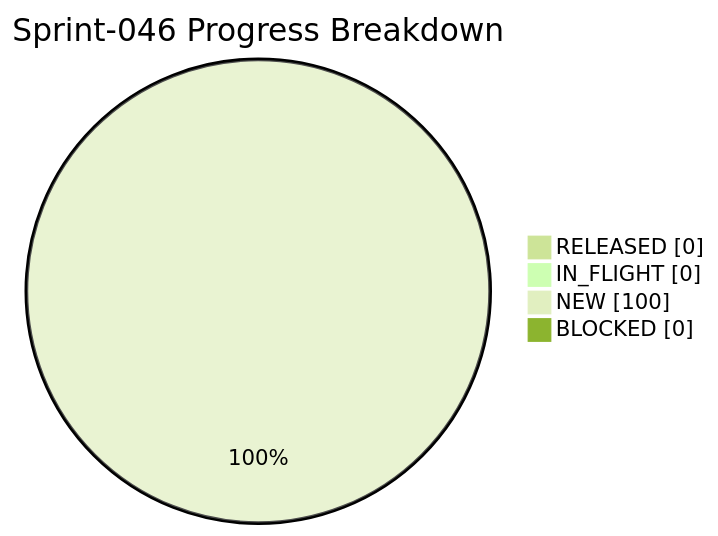
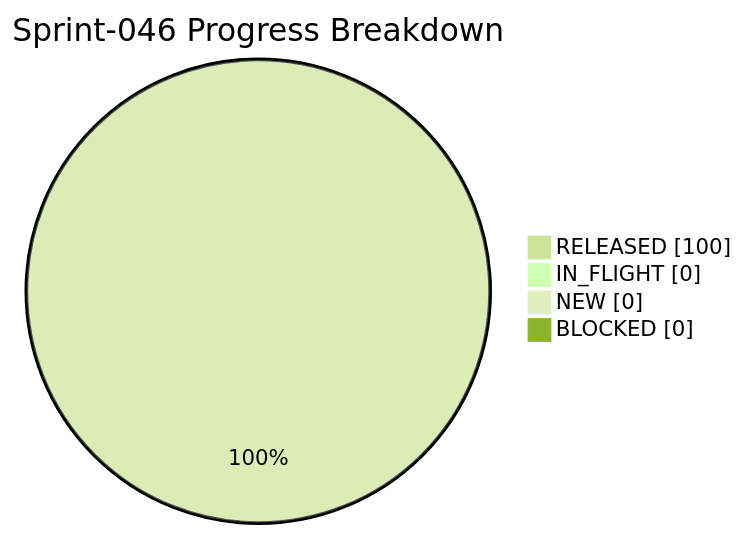
The diagram in docs/history/sprints/SPRINT-046-PROGRESS.md (famatyyk/CTOAi), drawn with Mermaid (forest theme) before and after one commit. The commit also changed other lines of this file and 21 other files, not shown here.

````diff
--- a/docs/history/sprints/SPRINT-046-PROGRESS.md
+++ b/docs/history/sprints/SPRINT-046-PROGRESS.md
@@ -8,8 +8,8 @@
 ```mermaid
 pie showData
     title Sprint-046 Progress Breakdown
-    "RELEASED" : 0.0
+    "RELEASED" : 100.0
     "IN_FLIGHT" : 0.0
-    "NEW" : 100.0
+    "NEW" : 0.0
     "BLOCKED" : 0.0
 ```
````
